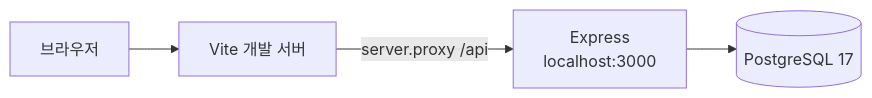
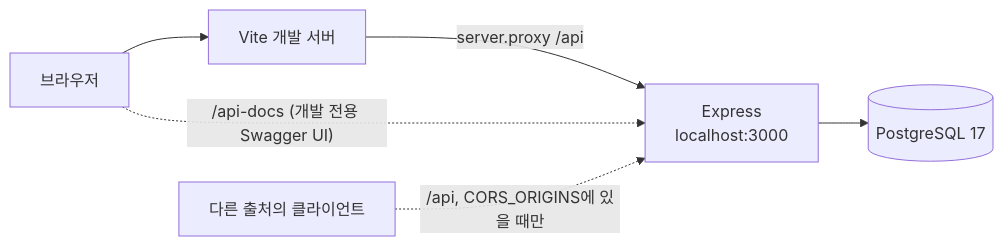
One commit to uokevin-hash/cal-todo changed the second of 6 diagrams in docs/6-arch-diagram.md. Above: the diagram before and after it, drawn with Mermaid. The commit also changed other lines of this file and 5 other files, not shown here.

````diff
--- a/docs/6-arch-diagram.md
+++ b/docs/6-arch-diagram.md
@@ -71,6 +72,8 @@
 ```mermaid
 flowchart LR
     B["브라우저"] --> V["Vite 개발 서버"]
     V -->|"server.proxy /api"| E["Express<br/>localhost:3000"]
+    B -.->|"/api-docs (개발 전용 Swagger UI)"| E
+    O["다른 출처의 클라이언트"] -.->|"/api, CORS_ORIGINS에 있을 때만"| E
     E --> P[("PostgreSQL 17")]
 ```
````
